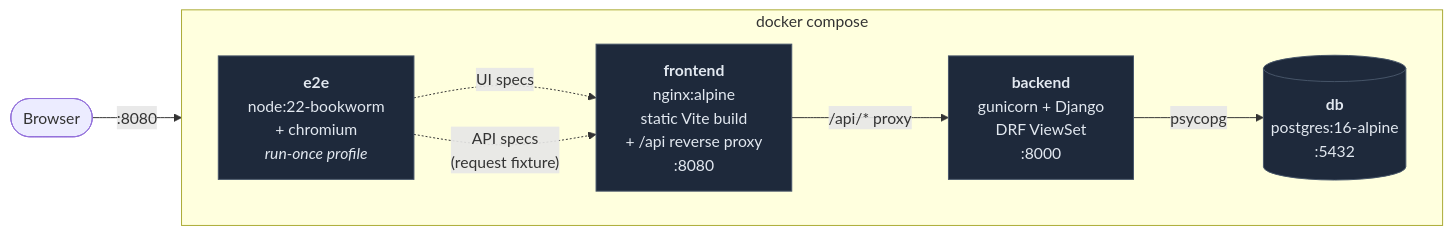
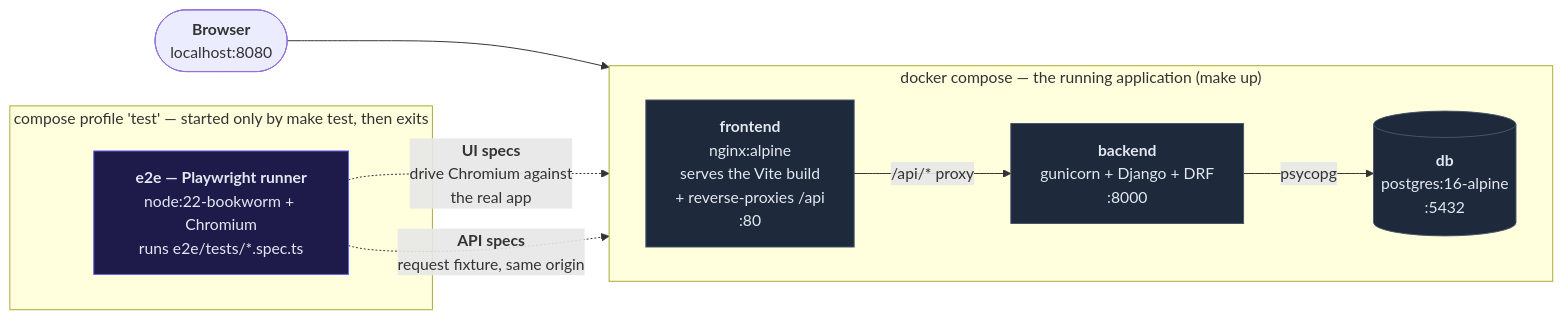
One commit to nina-jml/job-management-dashboard changed the first of 2 diagrams in docs/PLAN.md. Above: the diagram before and after it, drawn with Mermaid. The commit also changed other lines of this file and 2 other files, not shown here.

Commit message:
docs: label the e2e service as the Playwright runner, add AI session transcript
The architecture diagrams showed the test container as a bare "e2e" node, which
did not read as "this is the Playwright suite". Now labelled as such and split
into its own subgraph, so the running application and the run-once test
container are visually distinct — and the two dashed edges say which kind of
spec each represents.

Also moves the exported AI session transcript into docs/. It is a required
deliverable (AI Usage Guidelines), so it belongs with the other documentation;
README will link it in slice 11.

````diff
--- a/docs/PLAN.md
+++ b/docs/PLAN.md
@@ -15,18 +15,27 @@
 ```mermaid
 flowchart LR
-    subgraph host["docker compose"]
+    user(["<b>Browser</b><br/>localhost:8080"])
+
+    subgraph runtime["docker compose — the running application (make up)"]
         direction LR
-        fe["<b>frontend</b><br/>nginx:alpine<br/>static Vite build<br/>+ /api reverse proxy<br/>:8080"]
-        be["<b>backend</b><br/>gunicorn + Django<br/>DRF ViewSet<br/>:8000"]
+        fe["<b>frontend</b><br/>nginx:alpine<br/>serves the Vite build<br/>+ reverse-proxies /api<br/>:80"]
+        be["<b>backend</b><br/>gunicorn + Django + DRF<br/>:8000"]
         db[("<b>db</b><br/>postgres:16-alpine<br/>:5432")]
-        e2e["<b>e2e</b><br/>node:22-bookworm<br/>+ chromium<br/><i>run-once profile</i>"]
     end
-    user(["Browser"]) -->|":8080"| fe
+
+    subgraph testing["compose profile 'test' — started only by make test, then exits"]
+        e2e["<b>e2e — Playwright runner</b><br/>node:22-bookworm + Chromium<br/>runs e2e/tests/*.spec.ts"]
+    end
+
+    user --> fe
     fe -->|"/api/* proxy"| be
     be -->|"psycopg"| db
-    e2e -.->|"UI specs"| fe
-    e2e -.->|"API specs<br/>(request fixture)"| fe
+
+    e2e -.->|"<b>UI specs</b><br/>drive Chromium against<br/>the real app"| fe
+    e2e -.->|"<b>API specs</b><br/>request fixture, same origin"| fe
 
     classDef svc fill:#1e293b,stroke:#475569,color:#e2e8f0
-    class fe,be,db,e2e svc
+    classDef test fill:#1e1b4b,stroke:#6366f1,color:#e2e8f0
+    class fe,be,db svc
+    class e2e test
 ```
````
